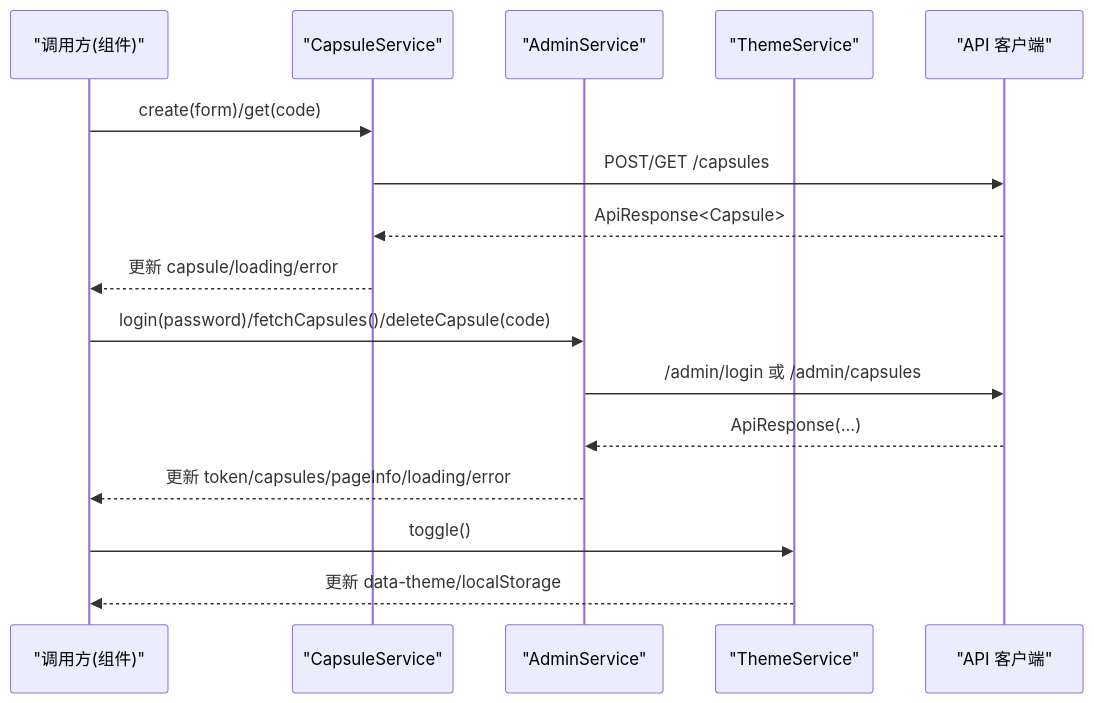
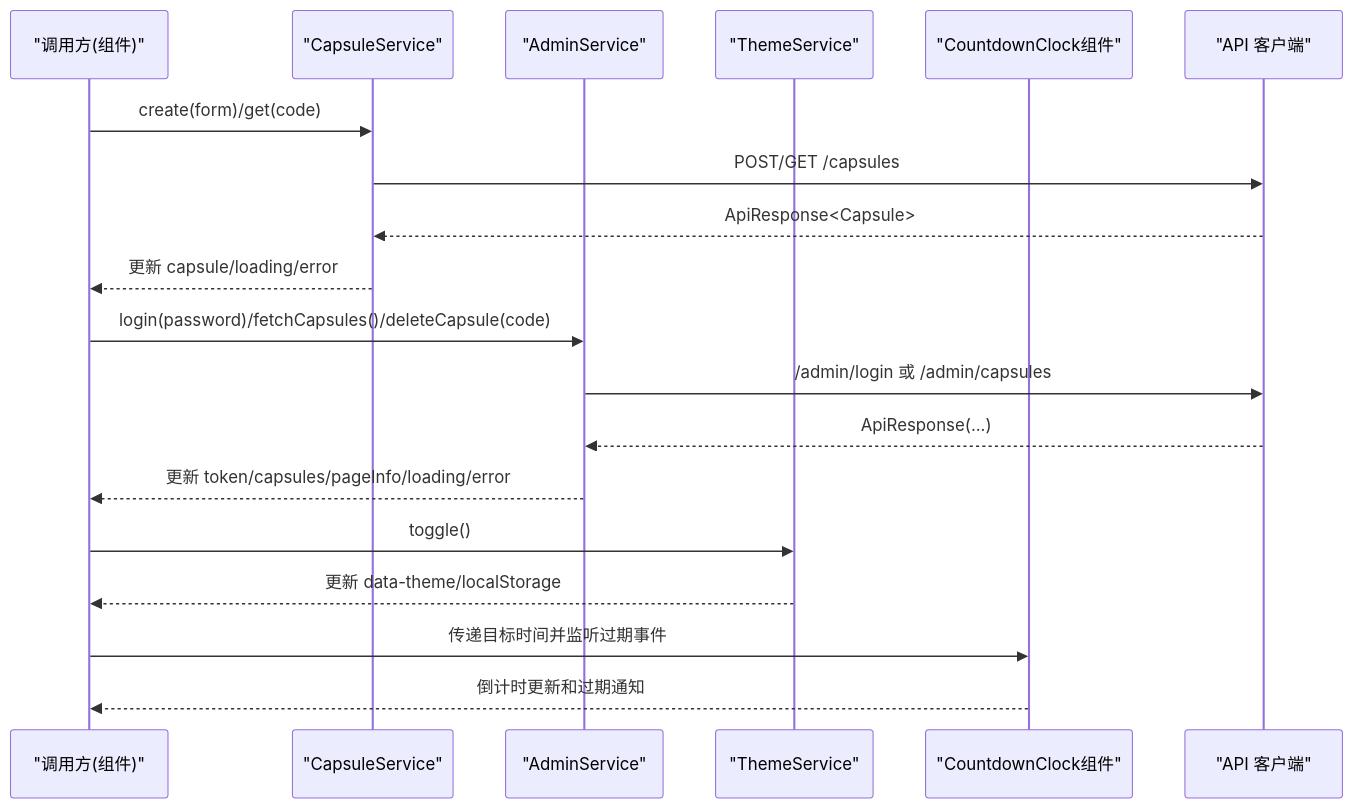
The fifth of 9 diagrams in .qoder/repowiki/zh/content/前端实现详解/Angular 实现/Angular 实现.md (alexy2008/TimeCapsule), drawn with Mermaid before and after one commit. The commit also changed other lines of this file and 22 other files, not shown here.

````diff
--- a/.qoder/repowiki/zh/content/前端实现详解/Angular 实现/Angular 实现.md
+++ b/.qoder/repowiki/zh/content/前端实现详解/Angular 实现/Angular 实现.md
@@ -236,18 +287,21 @@
 ```mermaid
 sequenceDiagram
 participant C as "调用方(组件)"
 participant CS as "CapsuleService"
 participant AS as "AdminService"
 participant TS as "ThemeService"
+participant CC as "CountdownClock组件"
 participant API as "API 客户端"
 C->>CS : create(form)/get(code)
 CS->>API : POST/GET /capsules
 API-->>CS : ApiResponse<Capsule>
 CS-->>C : 更新 capsule/loading/error
 C->>AS : login(password)/fetchCapsules()/deleteCapsule(code)
 AS->>API : /admin/login 或 /admin/capsules
 API-->>AS : ApiResponse(...)
 AS-->>C : 更新 token/capsules/pageInfo/loading/error
 C->>TS : toggle()
 TS-->>C : 更新 data-theme/localStorage
+C->>CC : 传递目标时间并监听过期事件
+CC-->>C : 倒计时更新和过期通知
 ```
````
